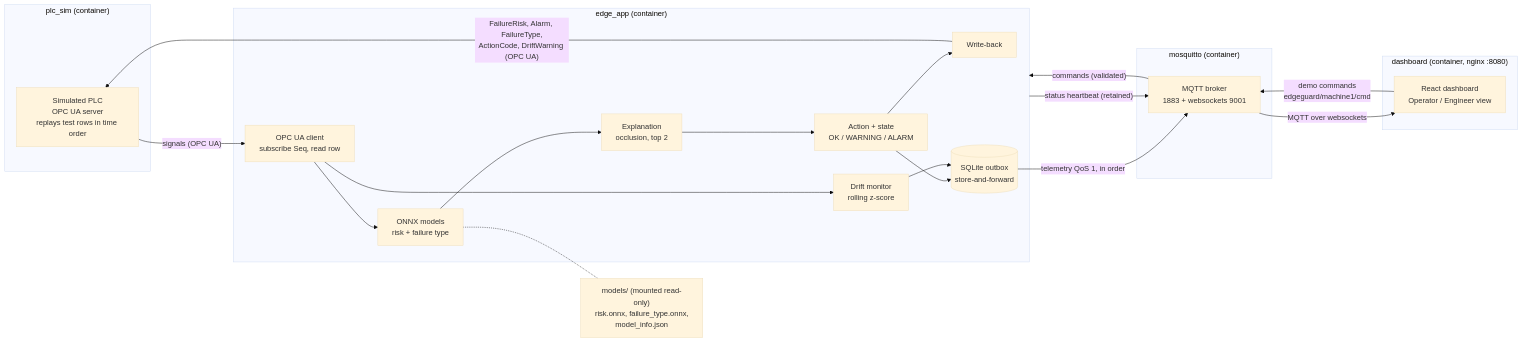
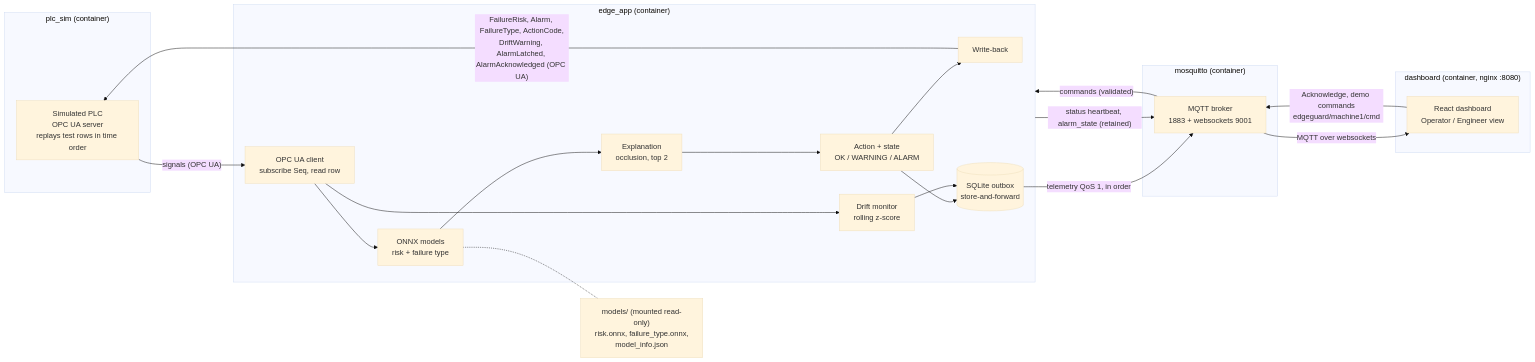
One commit to showrav38/edgeguard changed the first of 2 diagrams in README.md. Above: the diagram before and after it, drawn with Mermaid (base theme). The commit also changed other lines of this file and 26 other files, not shown here.

Commit message:
Alarm state machine in the edge app: single source of truth for dashboard, PLC and ROS 2

````diff
--- a/README.md
+++ b/README.md
@@ -34,29 +38,29 @@
 ```mermaid
 flowchart LR
     subgraph plc["plc_sim (container)"]
         P["Simulated PLC<br/>OPC UA server<br/>replays test rows in time order"]
     end
     subgraph edge["edge_app (container)"]
         C["OPC UA client<br/>subscribe Seq, read row"] --> M["ONNX models<br/>risk + failure type"]
         M --> X["Explanation<br/>occlusion, top 2"]
         X --> A["Action + state<br/>OK / WARNING / ALARM"]
         C --> D["Drift monitor<br/>rolling z-score"]
         A --> W["Write-back"]
         A --> B[("SQLite outbox<br/>store-and-forward")]
         D --> B
     end
     subgraph broker["mosquitto (container)"]
         Q["MQTT broker<br/>1883 + websockets 9001"]
     end
     subgraph ui["dashboard (container, nginx :8080)"]
         U["React dashboard<br/>Operator / Engineer view"]
     end
     P -- "signals (OPC UA)" --> C
-    W -- "FailureRisk, Alarm, FailureType,<br/>ActionCode, DriftWarning (OPC UA)" --> P
+    W -- "FailureRisk, Alarm, FailureType, ActionCode,<br/>DriftWarning, AlarmLatched, AlarmAcknowledged (OPC UA)" --> P
     B -- "telemetry QoS 1, in order" --> Q
-    edge -- "status heartbeat (retained)" --> Q
+    edge -- "status heartbeat, alarm_state (retained)" --> Q
     Q -- "MQTT over websockets" --> U
-    U -- "demo commands<br/>edgeguard/machine1/cmd" --> Q
+    U -- "Acknowledge, demo commands<br/>edgeguard/machine1/cmd" --> Q
     Q -- "commands (validated)" --> edge
     M -.- F["models/ (mounted read-only)<br/>risk.onnx, failure_type.onnx,<br/>model_info.json"]
 ```
````
